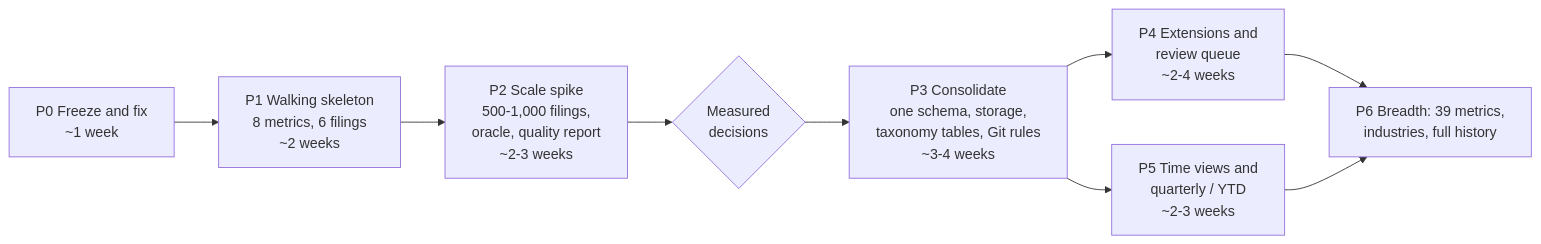
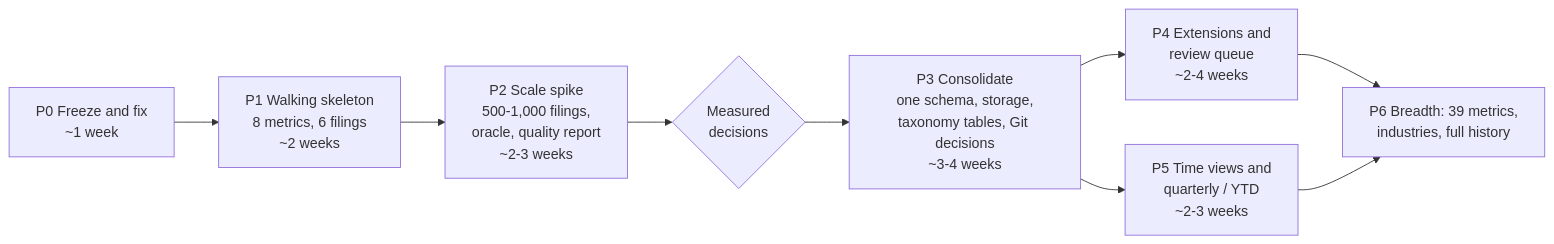
One commit to HagbardCel/edgar changed the diagram in docs/assessment-2026-09/08-migration-plan-assessment.md. Above: the diagram before and after it, drawn with Mermaid. The commit also changed other lines of this file and 18 other files, not shown here.

````diff
--- a/docs/assessment-2026-09/08-migration-plan-assessment.md
+++ b/docs/assessment-2026-09/08-migration-plan-assessment.md
@@ -96,11 +96,11 @@
 ```mermaid
 flowchart LR
   P0[P0 Freeze and fix<br/>~1 week] --> P1[P1 Walking skeleton<br/>8 metrics, 6 filings<br/>~2 weeks]
   P1 --> P2[P2 Scale spike<br/>500-1,000 filings,<br/>oracle, quality report<br/>~2-3 weeks]
   P2 --> D{Measured<br/>decisions}
-  D --> P3[P3 Consolidate<br/>one schema, storage,<br/>taxonomy tables, Git rules<br/>~3-4 weeks]
+  D --> P3[P3 Consolidate<br/>one schema, storage,<br/>taxonomy tables, Git decisions<br/>~3-4 weeks]
   P3 --> P4[P4 Extensions and<br/>review queue<br/>~2-4 weeks]
   P3 --> P5[P5 Time views and<br/>quarterly / YTD<br/>~2-3 weeks]
   P4 --> P6[P6 Breadth: 39 metrics,<br/>industries, full history]
   P5 --> P6
 ```
````
